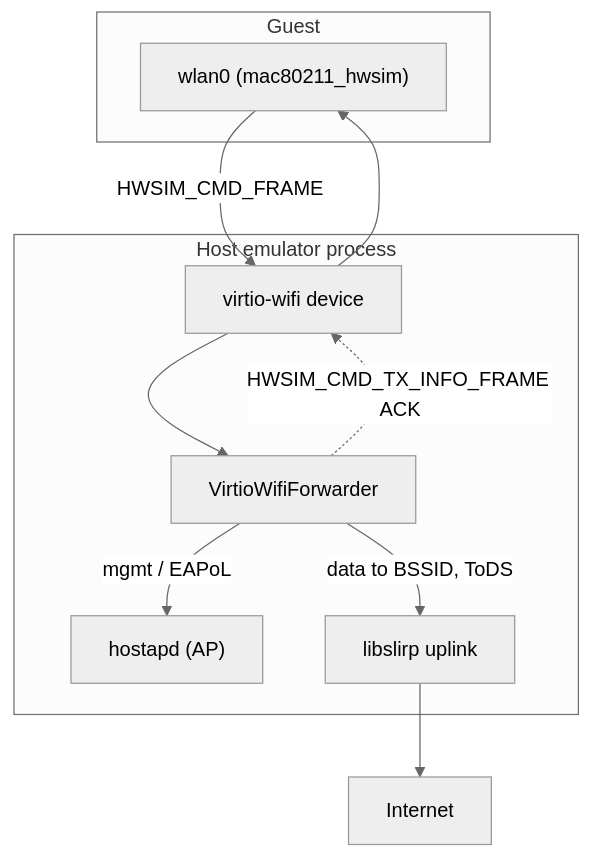
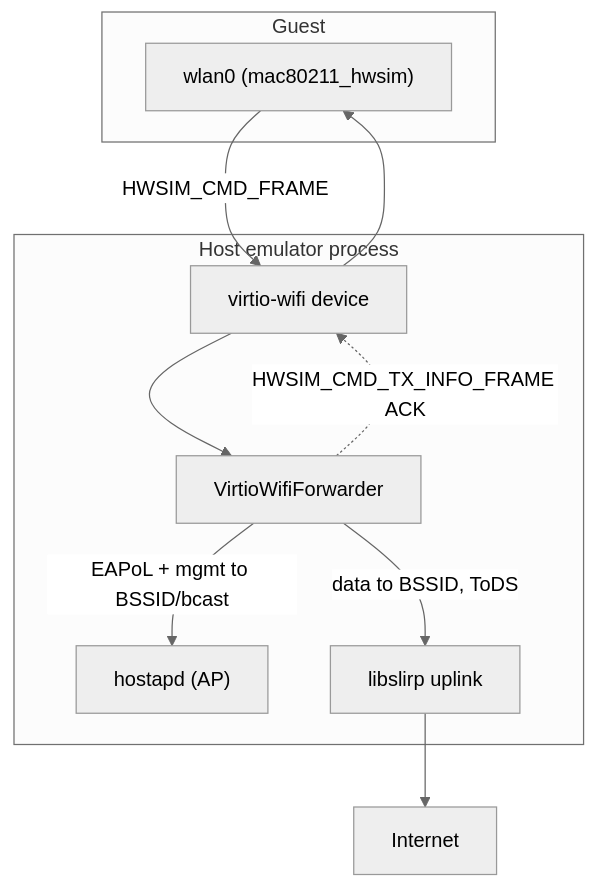
Before and after one commit to aospbooks/android-emulator-internal-book: the fifth of 6 diagrams in 18-networking.md, drawn with Mermaid (neutral theme). The commit also changed other lines of this file and 31 other files, not shown here.

````diff
--- a/18-networking.md
+++ b/18-networking.md
@@ -430,19 +431,19 @@
 ```mermaid
 flowchart TB
     subgraph GUEST["Guest"]
         WLAN["wlan0 (mac80211_hwsim)"]
     end
     subgraph HOST["Host emulator process"]
         VW["virtio-wifi device"]
         FWD["VirtioWifiForwarder"]
         HAPD["hostapd (AP)"]
         SL["libslirp uplink"]
     end
     WLAN -->|"HWSIM_CMD_FRAME"| VW
     VW --> FWD
-    FWD -->|"mgmt / EAPoL"| HAPD
+    FWD -->|"EAPoL + mgmt to BSSID/bcast"| HAPD
     FWD -->|"data to BSSID, ToDS"| SL
     SL --> NET["Internet"]
     FWD -.->|"HWSIM_CMD_TX_INFO_FRAME ACK"| VW
     VW --> WLAN
 ```
````
